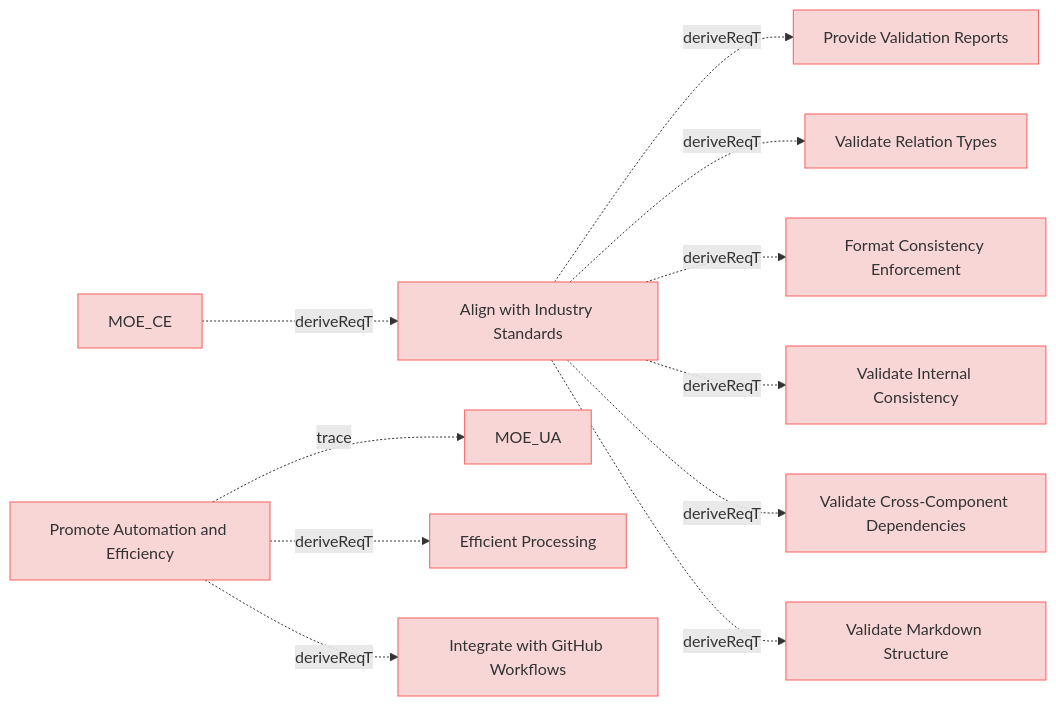
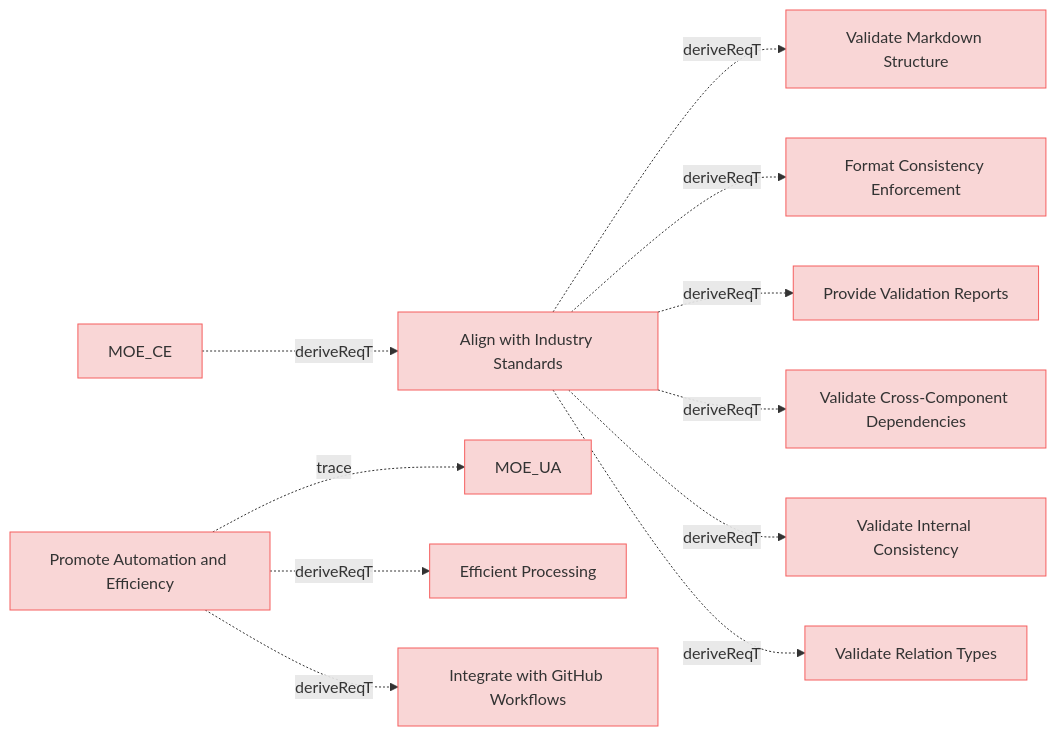
Before and after one commit to reqvire-org/reqvire: the diagram in specifications/MissionRequirements.md, drawn with Mermaid. The commit also changed other lines of this file and 23 other files, not shown here.

````diff
--- a/specifications/MissionRequirements.md
+++ b/specifications/MissionRequirements.md
@@ -5,56 +5,56 @@
 ```mermaid
 graph LR;
   %% REQVIRE-AUTOGENERATED-DIAGRAM
   %% Graph styling
   classDef requirement fill:#f9d6d6,stroke:#f55f5f,stroke-width:1px;
   classDef verification fill:#d6f9d6,stroke:#5fd75f,stroke-width:1px;
   classDef externalLink fill:#d0e0ff,stroke:#3080ff,stroke-width:1px;
   classDef default fill:#f5f5f5,stroke:#333333,stroke-width:1px;
 
   b74eec7ed767e7c["Align with Industry Standards"];
   class b74eec7ed767e7c requirement;
   click b74eec7ed767e7c "MissionRequirements.md#align-with-industry-standards";
+  586b073cd97908da["Validate Markdown Structure"];
+  class 586b073cd97908da requirement;
+  click 586b073cd97908da "UserRequirements.md#validate-markdown-structure";
+  b74eec7ed767e7c -.->|deriveReqT| 586b073cd97908da;
+  974ccf933675ef44["Format Consistency Enforcement"];
+  class 974ccf933675ef44 requirement;
+  click 974ccf933675ef44 "UserRequirements.md#format-consistency-enforcement";
+  b74eec7ed767e7c -.->|deriveReqT| 974ccf933675ef44;
   ed31b6bed1cde2f8["Provide Validation Reports"];
   class ed31b6bed1cde2f8 requirement;
   click ed31b6bed1cde2f8 "UserRequirements.md#provide-validation-reports";
   b74eec7ed767e7c -.->|deriveReqT| ed31b6bed1cde2f8;
+  3bd9d29239564eeb["Validate Cross-Component Dependencies"];
+  class 3bd9d29239564eeb requirement;
+  click 3bd9d29239564eeb "UserRequirements.md#validate-cross-component-dependencies";
+  b74eec7ed767e7c -.->|deriveReqT| 3bd9d29239564eeb;
+  c50887ce89be280a["Validate Internal Consistency"];
+  class c50887ce89be280a requirement;
+  click c50887ce89be280a "UserRequirements.md#validate-internal-consistency";
+  b74eec7ed767e7c -.->|deriveReqT| c50887ce89be280a;
   f25cbfbca6d6d92e["Validate Relation Types"];
   class f25cbfbca6d6d92e requirement;
   click f25cbfbca6d6d92e "UserRequirements.md#validate-relation-types";
   b74eec7ed767e7c -.->|deriveReqT| f25cbfbca6d6d92e;
-  974ccf933675ef44["Format Consistency Enforcement"];
-  class 974ccf933675ef44 requirement;
-  click 974ccf933675ef44 "UserRequirements.md#format-consistency-enforcement";
-  b74eec7ed767e7c -.->|deriveReqT| 974ccf933675ef44;
-  c50887ce89be280a["Validate Internal Consistency"];
-  class c50887ce89be280a requirement;
-  click c50887ce89be280a "UserRequirements.md#validate-internal-consistency";
-  b74eec7ed767e7c -.->|deriveReqT| c50887ce89be280a;
-  3bd9d29239564eeb["Validate Cross-Component Dependencies"];
-  class 3bd9d29239564eeb requirement;
-  click 3bd9d29239564eeb "UserRequirements.md#validate-cross-component-dependencies";
-  b74eec7ed767e7c -.->|deriveReqT| 3bd9d29239564eeb;
-  586b073cd97908da["Validate Markdown Structure"];
-  class 586b073cd97908da requirement;
-  click 586b073cd97908da "UserRequirements.md#validate-markdown-structure";
-  b74eec7ed767e7c -.->|deriveReqT| 586b073cd97908da;
   80166c5161b33956["Promote Automation and Efficiency"];
   class 80166c5161b33956 requirement;
   click 80166c5161b33956 "MissionRequirements.md#promote-automation-and-efficiency";
   2c5f30f14e792200["MOE_UA"];
   class 2c5f30f14e792200 requirement;
   click 2c5f30f14e792200 "MOEs.md#moe_ua";
   80166c5161b33956 -.->|trace| 2c5f30f14e792200;
   d193d11c43776bec["Efficient Processing"];
   class d193d11c43776bec requirement;
   click d193d11c43776bec "ManagingMbseModelsRequirements.md#efficient-processing";
   80166c5161b33956 -.->|deriveReqT| d193d11c43776bec;
   98eaeddc27f99e11["Integrate with GitHub Workflows"];
   class 98eaeddc27f99e11 requirement;
   click 98eaeddc27f99e11 "UserStories.md#integrate-with-github-workflows";
   80166c5161b33956 -.->|deriveReqT| 98eaeddc27f99e11;
   e9ad540a6411a0fc["MOE_CE"];
   class e9ad540a6411a0fc requirement;
   click e9ad540a6411a0fc "MOEs.md#moe_ce";
   e9ad540a6411a0fc -.->|deriveReqT| b74eec7ed767e7c;
 ```
````
